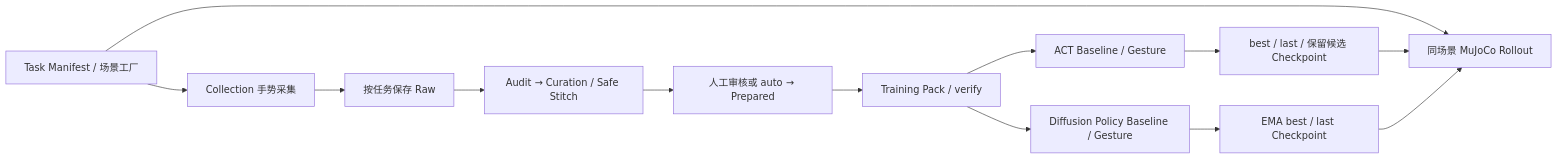
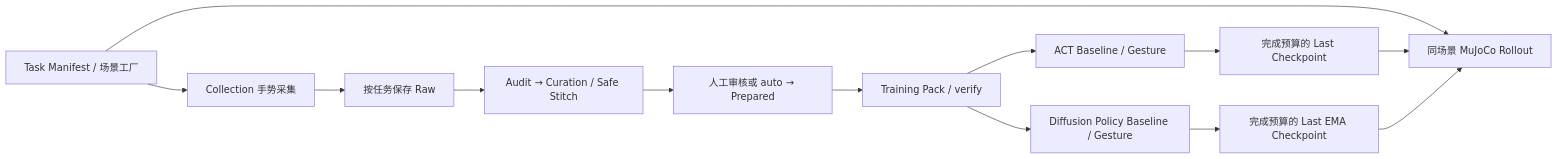
One commit to shuyi-song-07/mujoco_simulate changed the diagram in README.md. Above: the diagram before and after it, drawn with Mermaid. The commit also changed other lines of this file and 47 other files, not shown here.

````diff
--- a/README.md
+++ b/README.md
@@ -6,15 +6,15 @@
 ```mermaid
 flowchart LR
   T[Task Manifest / 场景工厂] --> C[Collection 手势采集]
   C --> R[按任务保存 Raw]
   R --> A[Audit → Curation / Safe Stitch]
   A --> P[人工审核或 auto → Prepared]
   P --> K[Training Pack / verify]
   K --> M[ACT Baseline / Gesture]
   K --> D[Diffusion Policy Baseline / Gesture]
-  M --> W[best / last / 保留候选 Checkpoint]
-  D --> DW[EMA best / last Checkpoint]
+  M --> W[完成预算的 Last Checkpoint]
+  D --> DW[完成预算的 Last EMA Checkpoint]
   T --> E[同场景 MuJoCo Rollout]
   W --> E
   DW --> E
 ```
````
